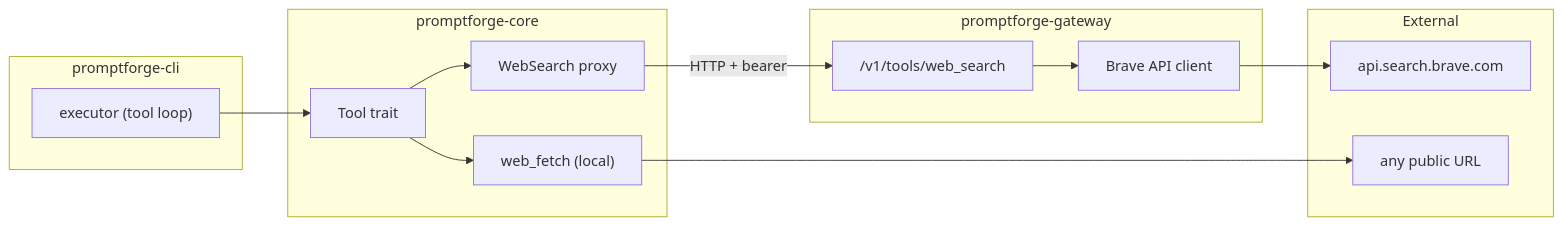
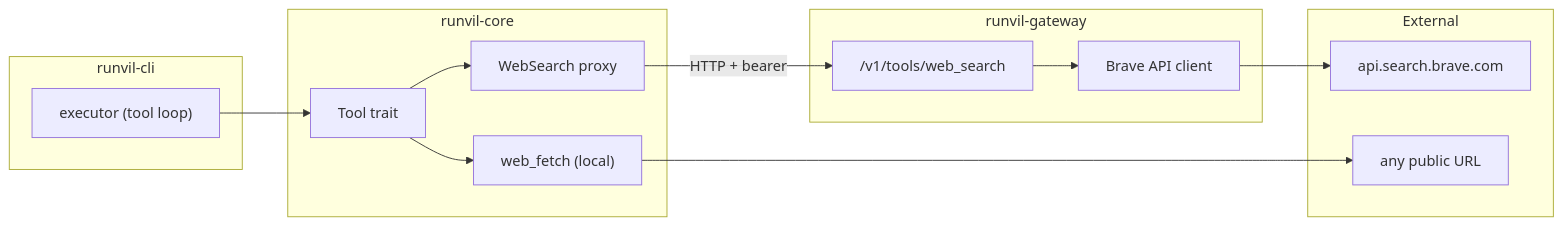
One commit to cppalliance/promptforge changed the diagram in vibe/2026-07/2026-07-29-3-brave-web-search-tools.md. Above: the diagram before and after it, drawn with Mermaid. The commit also changed other lines of this file and 1573 other files, not shown here.

````diff
--- a/vibe/2026-07/2026-07-29-3-brave-web-search-tools.md
+++ b/vibe/2026-07/2026-07-29-3-brave-web-search-tools.md
@@ -53,27 +53,27 @@
 ```mermaid
 flowchart LR
-    subgraph CLI["promptforge-cli"]
+    subgraph CLI["runvil-cli"]
         Executor["executor (tool loop)"]
     end
-    subgraph Core["promptforge-core"]
+    subgraph Core["runvil-core"]
         WebFetch["web_fetch (local)"]
         ToolTrait["Tool trait"]
         RemoteProxy["WebSearch proxy"]
     end
-    subgraph Gateway["promptforge-gateway"]
+    subgraph Gateway["runvil-gateway"]
         Route["/v1/tools/web_search"]
         BraveClient["Brave API client"]
     end
     subgraph External["External"]
         Brave["api.search.brave.com"]
         Web["any public URL"]
     end
 
     Executor --> ToolTrait
     ToolTrait --> WebFetch
     ToolTrait --> RemoteProxy
     RemoteProxy -->|"HTTP + bearer"| Route
     Route --> BraveClient
     BraveClient --> Brave
     WebFetch --> Web
 ```
````
